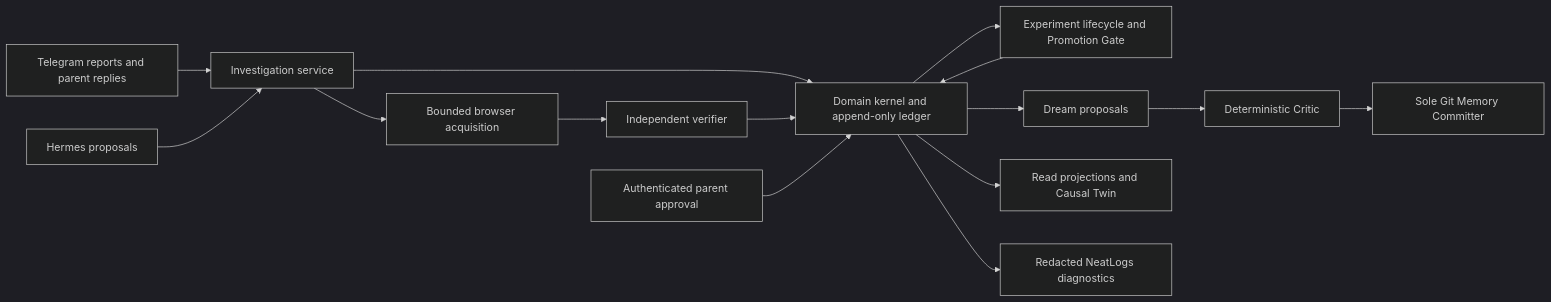
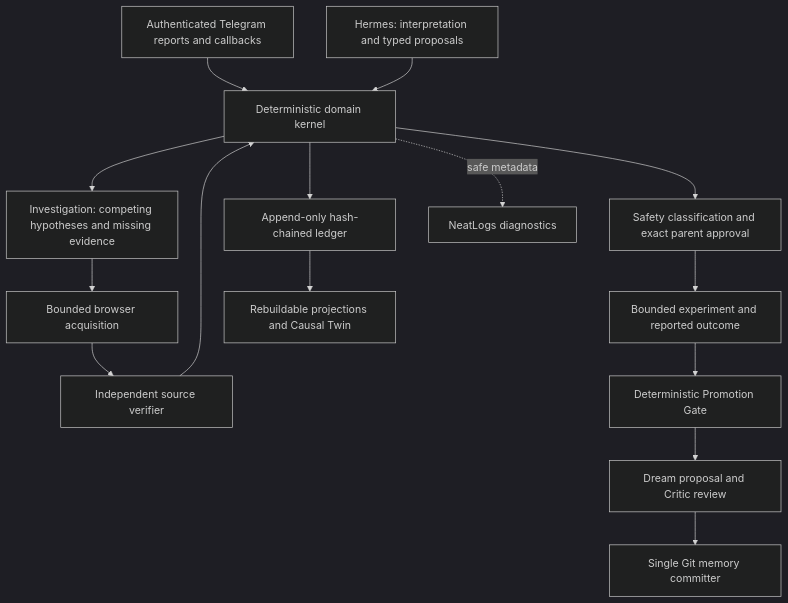
The diagram in README.md (Aryabhatta-0/Serene), drawn with Mermaid (dark theme) before and after one commit. The commit also changed other lines of this file and 8 other files, not shown here.

Commit message:
docs: publish evidence-bound README and blocked final demo gate (#61, #62)

````diff
--- a/README.md
+++ b/README.md
@@ -78,17 +21,17 @@
 ```mermaid
-flowchart LR
-    T[Telegram reports and parent replies] --> I[Investigation service]
-    H[Hermes proposals] --> I
-    I --> B[Bounded browser acquisition]
-    B --> V[Independent verifier]
-    I --> K[Domain kernel and append-only ledger]
-    V --> K
-    P[Authenticated parent approval] --> K
-    K --> G[Experiment lifecycle and Promotion Gate]
-    G --> K
-    K --> D[Dream proposals]
-    D --> C[Deterministic Critic]
-    C --> M[Sole Git Memory Committer]
-    K --> R[Read projections and Causal Twin]
-    K --> N[Redacted NeatLogs diagnostics]
+flowchart TD
+  T[Authenticated Telegram reports and callbacks] --> K[Deterministic domain kernel]
+  H[Hermes: interpretation and typed proposals] --> K
+  K --> I[Investigation: competing hypotheses and missing evidence]
+  I --> B[Bounded browser acquisition]
+  B --> V[Independent source verifier]
+  V --> K
+  K --> X[Safety classification and exact parent approval]
+  X --> O[Bounded experiment and reported outcome]
+  O --> G[Deterministic Promotion Gate]
+  G --> D[Dream proposal and Critic review]
+  D --> M[Single Git memory committer]
+  K --> L[Append-only hash-chained ledger]
+  L --> P[Rebuildable projections and Causal Twin]
+  K -. safe metadata .-> N[NeatLogs diagnostics]
 ```
````
